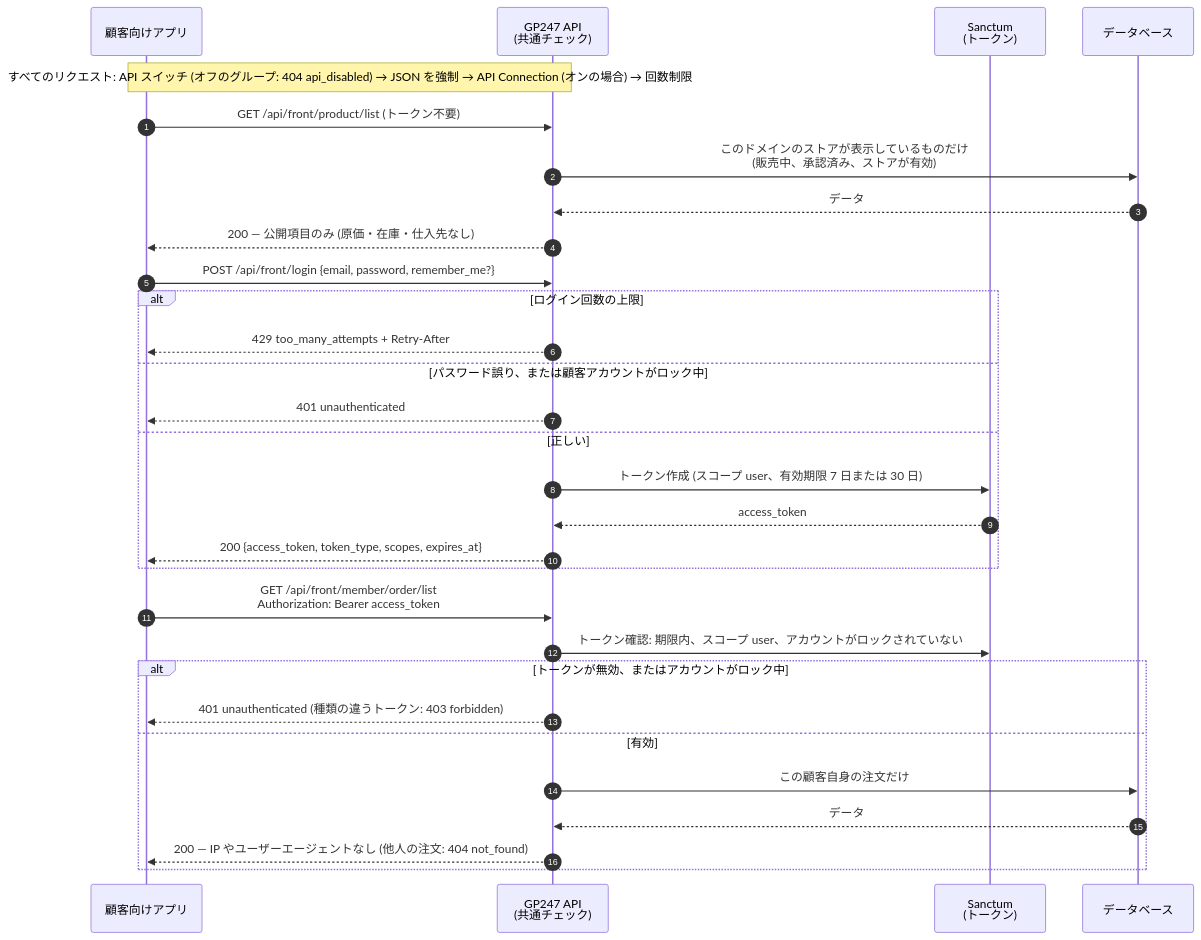
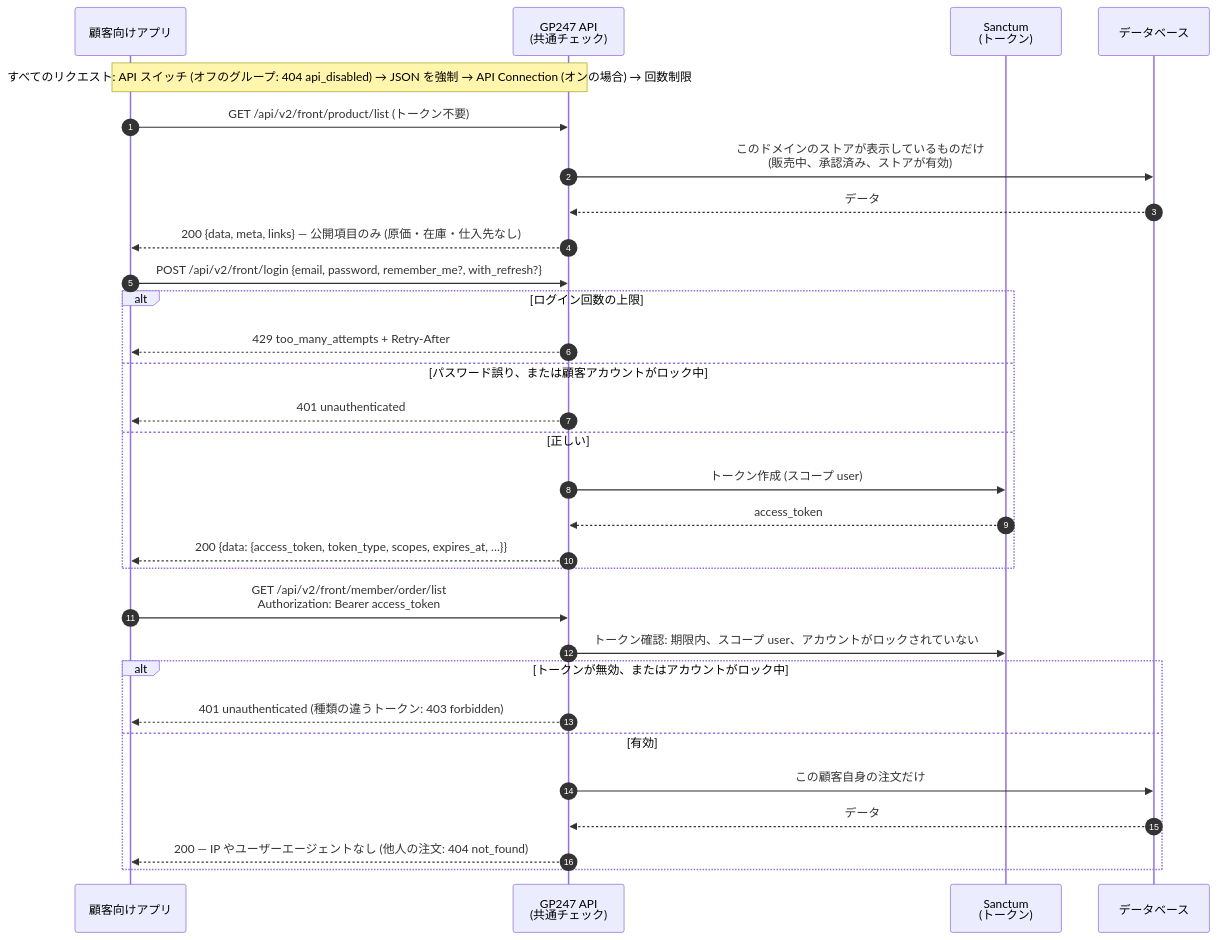
The third of 7 diagrams in api/api-introduction_ja.md (gp247net/gp247-docs), drawn with Mermaid before and after one commit. The commit also changed other lines of this file and 13 other files, not shown here.

````diff
--- a/api/api-introduction_ja.md
+++ b/api/api-introduction_ja.md
@@ -302,32 +466,32 @@
 ```mermaid
 sequenceDiagram
     autonumber
     participant K as 顧客向けアプリ
     participant M as GP247 API<br/>(共通チェック)
     participant S as Sanctum<br/>(トークン)
     participant D as データベース
     Note over K,M: すべてのリクエスト: API スイッチ (オフのグループ: 404 api_disabled) → JSON を強制 → API Connection (オンの場合) → 回数制限
-    K->>M: GET /api/front/product/list (トークン不要)
+    K->>M: GET /api/v2/front/product/list (トークン不要)
     M->>D: このドメインのストアが表示しているものだけ<br/>(販売中、承認済み、ストアが有効)
     D-->>M: データ
-    M-->>K: 200 — 公開項目のみ (原価・在庫・仕入先なし)
-    K->>M: POST /api/front/login {email, password, remember_me?}
+    M-->>K: 200 {data, meta, links} — 公開項目のみ (原価・在庫・仕入先なし)
+    K->>M: POST /api/v2/front/login {email, password, remember_me?, with_refresh?}
     alt ログイン回数の上限
         M-->>K: 429 too_many_attempts + Retry-After
     else パスワード誤り、または顧客アカウントがロック中
         M-->>K: 401 unauthenticated
     else 正しい
-        M->>S: トークン作成 (スコープ user、有効期限 7 日または 30 日)
+        M->>S: トークン作成 (スコープ user)
         S-->>M: access_token
-        M-->>K: 200 {access_token, token_type, scopes, expires_at}
+        M-->>K: 200 {data: {access_token, token_type, scopes, expires_at, …}}
     end
-    K->>M: GET /api/front/member/order/list<br/>Authorization: Bearer access_token
+    K->>M: GET /api/v2/front/member/order/list<br/>Authorization: Bearer access_token
     M->>S: トークン確認: 期限内、スコープ user、アカウントがロックされていない
     alt トークンが無効、またはアカウントがロック中
         M-->>K: 401 unauthenticated (種類の違うトークン: 403 forbidden)
     else 有効
         M->>D: この顧客自身の注文だけ
         D-->>M: データ
         M-->>K: 200 — IP やユーザーエージェントなし (他人の注文: 404 not_found)
     end
 ```
````
